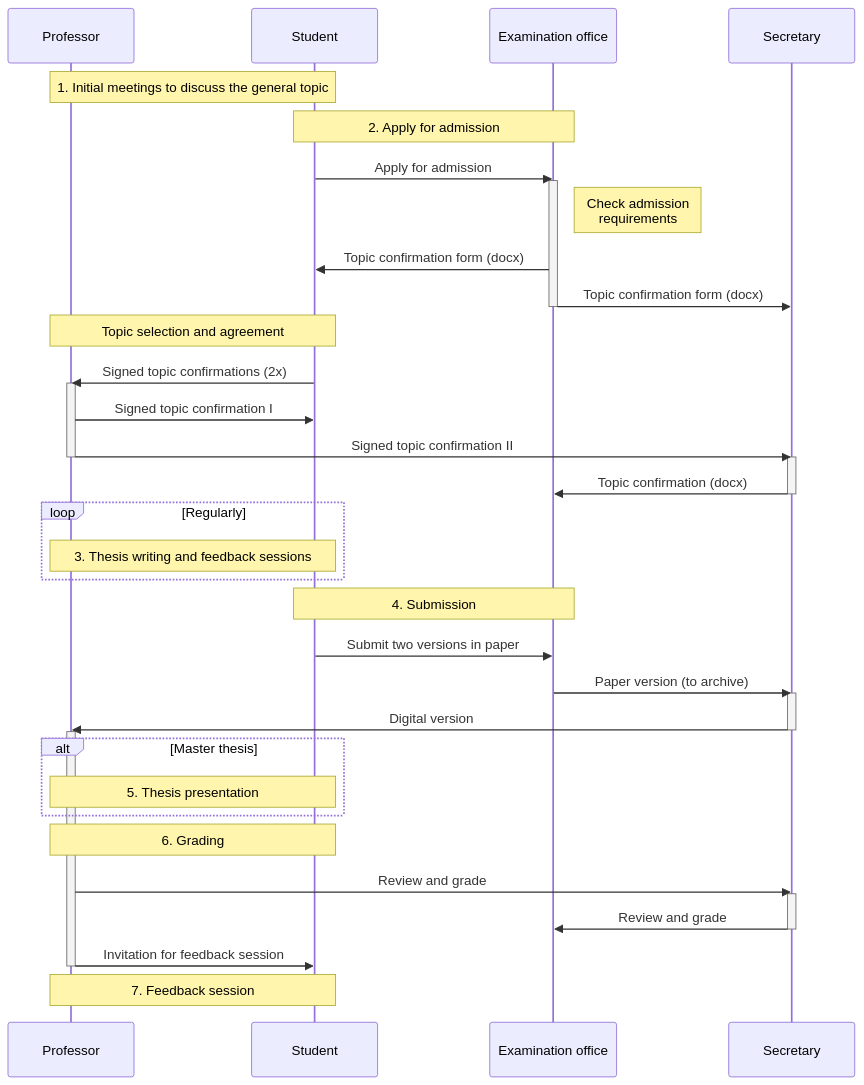
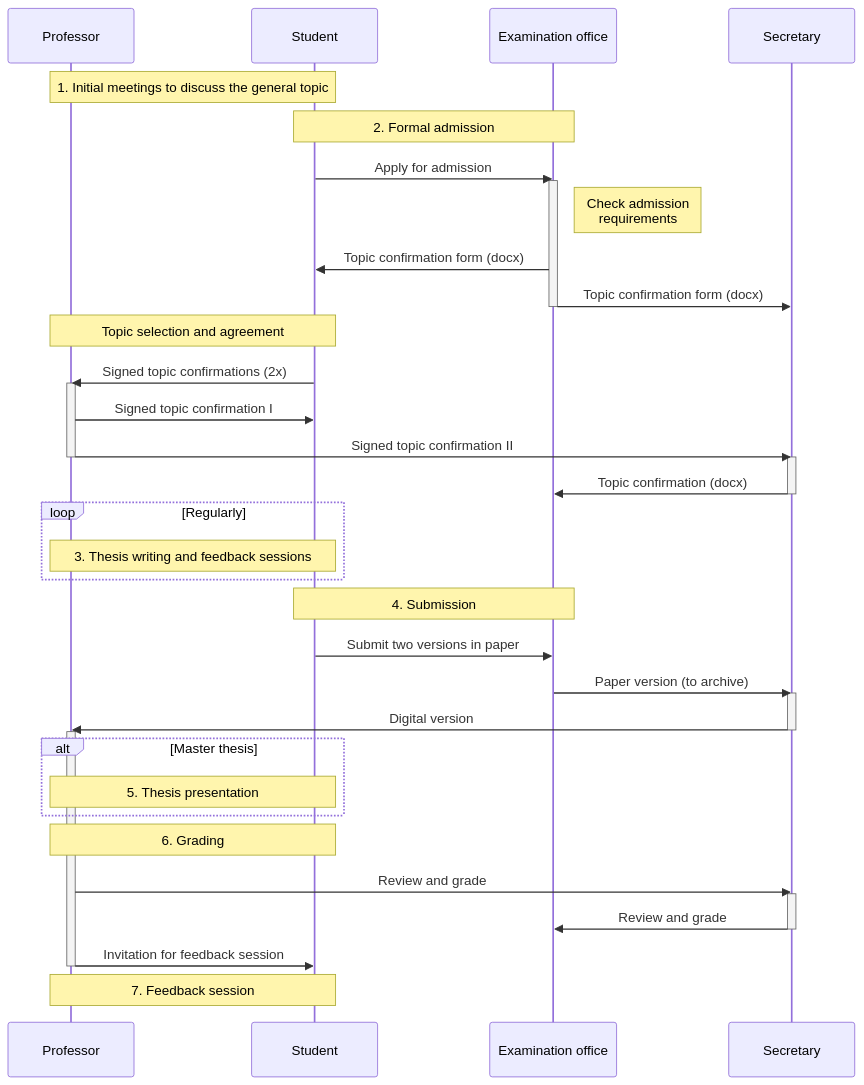
The diagram in docs/teaching/30_processes/30.40.theses_process.md (digital-work-lab/handbook), drawn with Mermaid before and after one commit.

````diff
--- a/docs/teaching/30_processes/30.40.theses_process.md
+++ b/docs/teaching/30_processes/30.40.theses_process.md
@@ -10,41 +10,41 @@
 ```mermaid
 sequenceDiagram
     Note over Professor,Student: 1. Initial meetings to discuss the general topic
-    Note over Student,Examination office: 2. Apply for admission
+    Note over Student,Examination office: 2. Formal admission
     Student->>Examination office: Apply for admission
     activate Examination office
     Note right of Examination office: Check admission<br/>requirements
     Examination office->>Student: Topic confirmation form (docx)
     Examination office->>Secretary: Topic confirmation form (docx)
     deactivate Examination office
     Note over Professor,Student: Topic selection and agreement
     Student->>Professor: Signed topic confirmations (2x)
     activate Professor
     Professor->>Student: Signed topic confirmation I
     Professor->>Secretary: Signed topic confirmation II
     deactivate Professor
     activate Secretary
     Secretary->>Examination office: Topic confirmation (docx)
     deactivate Secretary
     loop Regularly
         Note over Professor,Student: 3. Thesis writing and feedback sessions
     end
         Note over Student,Examination office: 4. Submission
     Student->>Examination office: Submit two versions in paper
     Examination office->>Secretary: Paper version (to archive)
     activate Secretary
     Secretary->>Professor: Digital version
     deactivate Secretary
     activate Professor
     alt Master thesis
         Note over Professor,Student: 5. Thesis presentation
     end
     Note over Professor,Student: 6. Grading
     Professor->>Secretary: Review and grade
     activate Secretary
     Secretary->>Examination office: Review and grade
     deactivate Secretary
     Professor->>Student: Invitation for feedback session
     deactivate Professor
     Note over Professor,Student: 7. Feedback session
 ```
````
